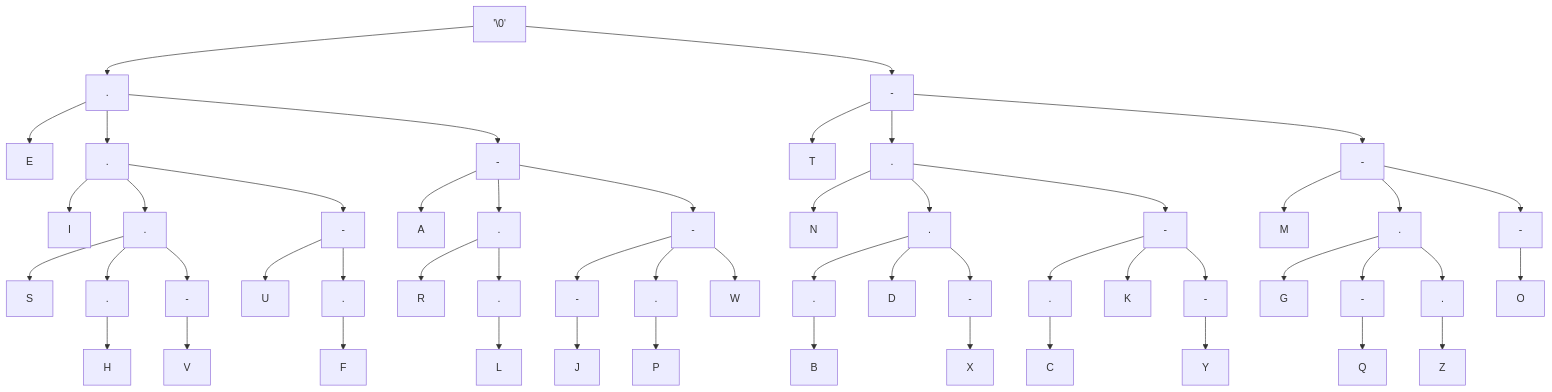
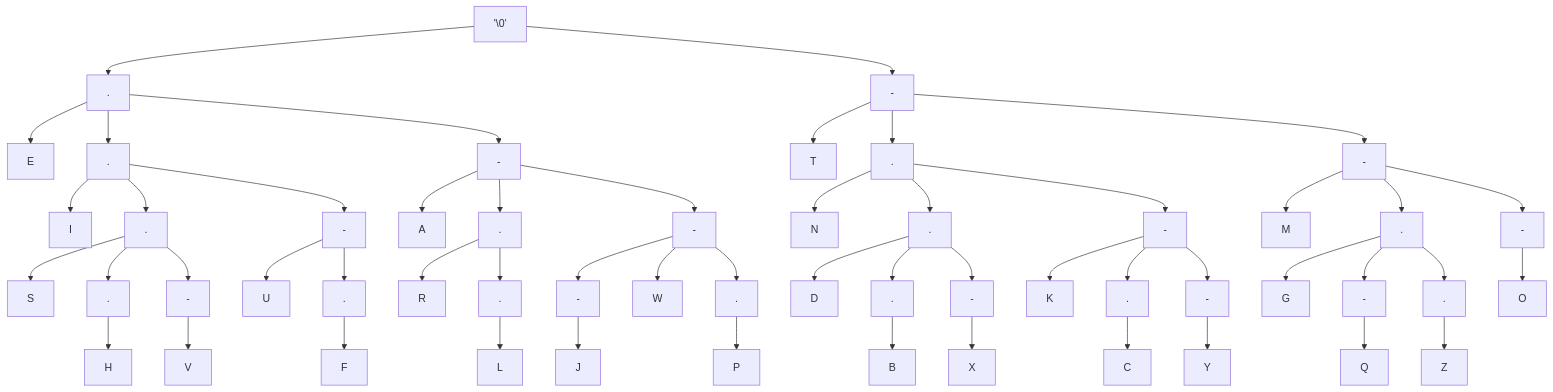
Before and after one commit to mmcnally1/arduino-projects: the second of 2 diagrams in morse-code/README.md, drawn with Mermaid. The commit also changed other lines of this file, not shown here.

````diff
--- a/morse-code/README.md
+++ b/morse-code/README.md
@@ -27,55 +27,55 @@
 ```mermaid
 graph TD;
 A['\0'] --> B[.]
 A['\0'] --> H[-]
 B[.] --> C[E]
 B[.] --> D[.]
 D[.] --> E[I]
 B[.] --> F[-]
 F[-] --> G[A]
 H[-] --> I[T]
 H[-] --> J[.]
 J[.] --> K[N]
 H[-] --> L[-]
 L[-] --> M[M]
 D[.] --> N[.]
 D[.] --> O[-]
 L[-] --> P[.]
 L[-] --> Q[-]
 F[-] --> R[.]
 F[-] --> S[-]
 N[.] --> V[S]
 N[.] --> T[.]
 N[.] --> U[-]
 J[.] --> W[.]
 J[.] --> X[-]
 O[-] --> Y[U]
 R[.] --> Z[R]
+W[.] --> AE[D]
 W[.] --> AA[.]
 AA[.] --> AB[B]
+X[-] --> AL[K]
 X[-] --> AC[.]
 AC[.] --> AD[C]
-W[.] --> AE[D]
 O[-] --> AF[.]
 AF[.] --> AG[F]
 P[.] --> AH[G]
 T[.] --> AI[H]
 S[-] --> AJ[-]
 AJ[-] --> AK[J]
-X[-] --> AL[K]
 R[.] --> AM[.]
 AM[.] --> AN[L]
 Q[-] --> AO[O]
+S[-] --> AU[W]
 S[-] --> AP[.]
 AP[.] --> AQ[P]
 P[.] --> AR[-]
 AR[-] --> AS[Q]
 U[-] --> AT[V]
-S[-] --> AU[W]
 W[.] --> AV[-]
 AV[-] --> AW[X]
 X[-] --> AX[-]
 AX[-] --> AY[Y]
 P[.] --> AZ[.]
 AZ[.] --> BA[Z]
 ```
````
